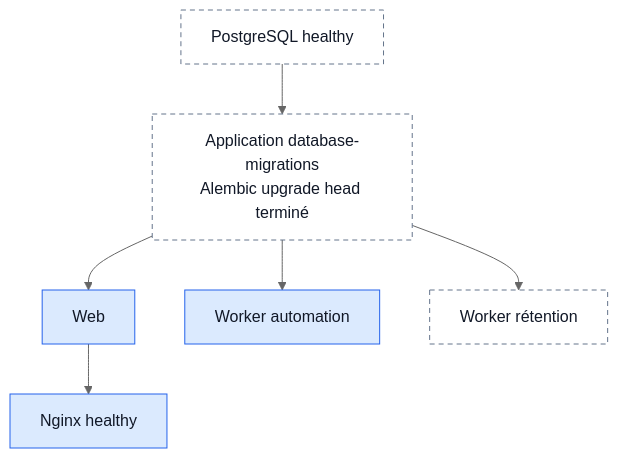
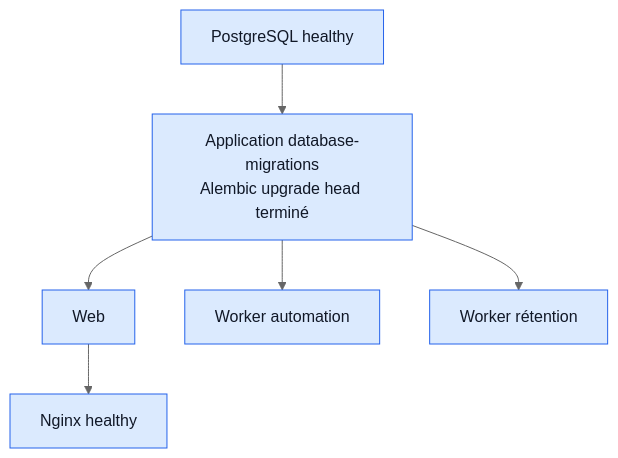
The sixth of 6 diagrams in docs/mvp-architecture.md (dev-vauclaire/mevo2glpi), drawn with Mermaid (neutral theme) before and after one commit. The commit also changed other lines of this file and 7 other files, not shown here.

````diff
--- a/docs/mvp-architecture.md
+++ b/docs/mvp-architecture.md
@@ -886,11 +902,11 @@
 ```mermaid
 flowchart TD
-    Postgres[PostgreSQL healthy]:::future --> Migration[Application database-migrations<br/>Alembic upgrade head terminé]:::future
+    Postgres[PostgreSQL healthy]:::implemented --> Migration[Application database-migrations<br/>Alembic upgrade head terminé]:::implemented
     Migration --> Web[Web]:::implemented
     Migration --> Automation[Worker automation]:::implemented
-    Migration --> Retention[Worker rétention]:::future
+    Migration --> Retention[Worker rétention]:::implemented
     Web --> Nginx[Nginx healthy]:::implemented
 
     classDef implemented fill:#dbeafe,stroke:#2563eb,color:#111827;
     classDef future fill:#fff,stroke:#64748b,color:#111827,stroke-dasharray:5 4;
 ```
````
